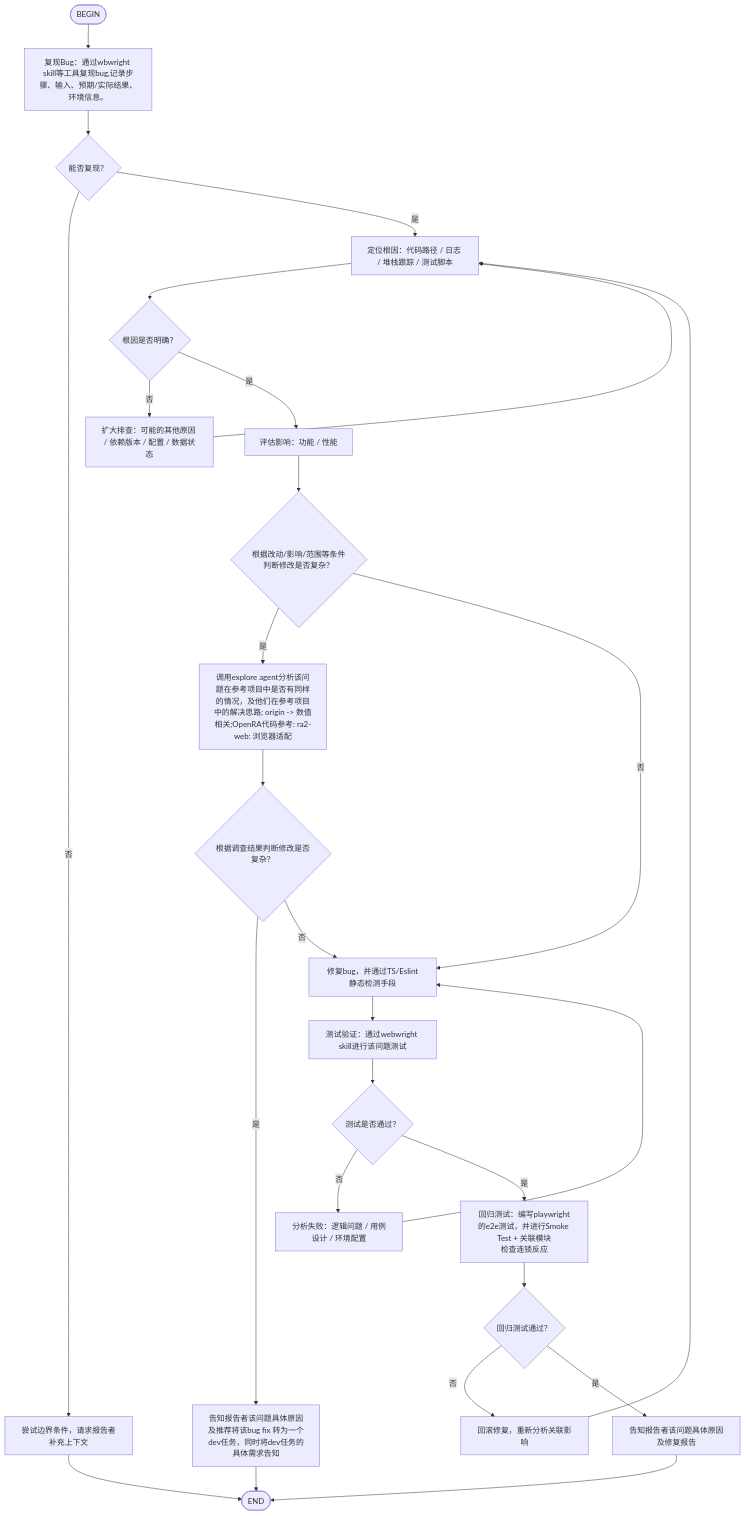
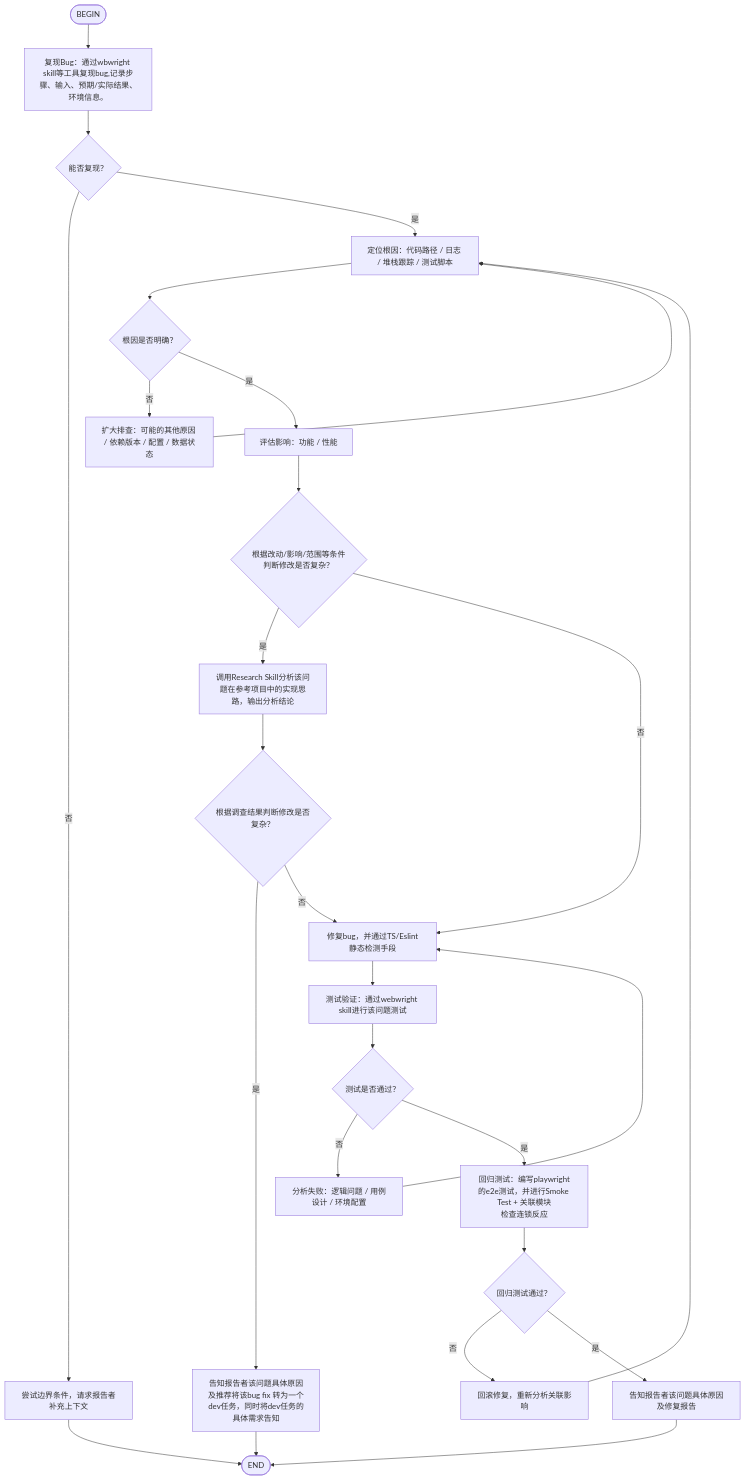
Before and after one commit to litong-n99/CnC_Remake: the diagram in .claude/skills/bug-fix/SKILL.md, drawn with Mermaid. The commit also changed other lines of this file and 36 other files, not shown here.

````diff
--- a/.claude/skills/bug-fix/SKILL.md
+++ b/.claude/skills/bug-fix/SKILL.md
@@ -7,29 +94,29 @@
 ```mermaid
 flowchart TD
     A([BEGIN]) --> B[复现Bug：通过wbwright skill等工具复现bug,记录步骤、输入、预期/实际结果、环境信息。]
     B --> C{能否复现？}
     C -->|否| D[尝试边界条件，请求报告者补充上下文]
     D --> U([END])
     C -->|是| E[定位根因：代码路径 / 日志 / 堆栈跟踪 / 测试脚本]
     E --> F{根因是否明确？}
     F -->|否| G[扩大排查：可能的其他原因 / 依赖版本 / 配置 / 数据状态]
     G --> E
     F -->|是| H[评估影响：功能 / 性能]
     H --> I{根据改动/影响/范围等条件判断修改是否复杂？}
-    I --> |是| V[调用explore agent分析该问题在参考项目中是否有同样的情况，及他们在参考项目中的解决思路; origin -> 数值相关;OpenRA代码参考: ra2-web: 浏览器适配]
+    I --> |是| V[调用Research Skill分析该问题在参考项目中的实现思路，输出分析结论]
     V --> L{根据调查结果判断修改是否复杂？}
     L --> |是| J[告知报告者该问题具体原因及推荐将该bug fix 转为一个dev任务，同时将dev任务的具体需求告知]
     L --> |否| K
     J --> U([END])
     I -->|否| K[修复bug，并通过TS/Eslint静态检测手段]
     K --> N[测试验证：通过webwright skill进行该问题测试]
     N --> O{测试是否通过？}
     O -->|否| P[分析失败：逻辑问题 / 用例设计 / 环境配置]
     P --> K
     O -->|是| Q[回归测试：编写playwright的e2e测试，并进行Smoke Test + 关联模块<br/>检查连锁反应]
     Q --> R{回归测试通过？}
     R -->|否| S[回滚修复，重新分析关联影响]
     S --> E
     R -->|是| T[告知报告者该问题具体原因及修复报告]
     T --> U([END])
 ```
````
